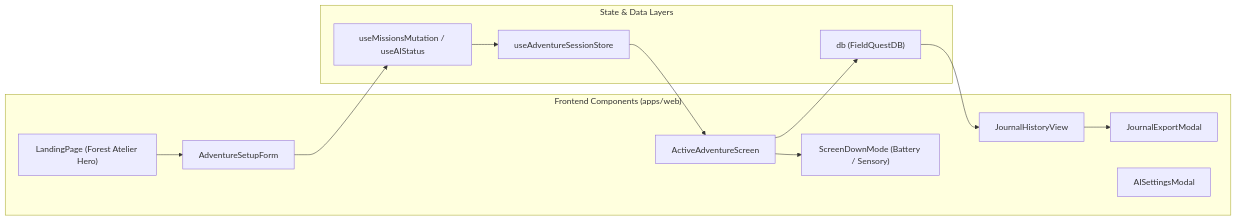
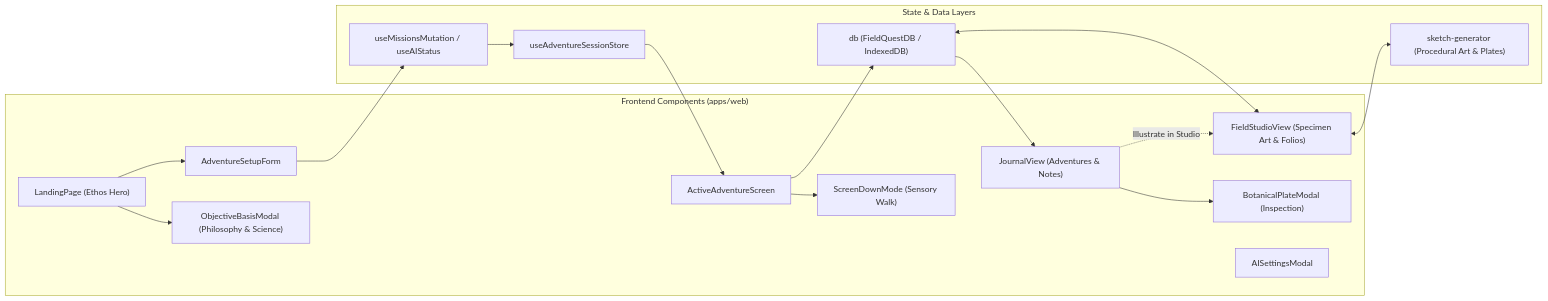
The second of 5 diagrams in docs/ARCHITECTURE.md (arnab825/FieldQuest), drawn with Mermaid before and after one commit. The commit also changed 21 other files, not shown here.

Commit message:
feat: add core adventure features including live quest tracking, screen down mode, and custom illustration generators

````diff
--- a/docs/ARCHITECTURE.md
+++ b/docs/ARCHITECTURE.md
@@ -49,27 +49,34 @@
 ```mermaid
 graph LR
     subgraph Frontend_Components["Frontend Components (apps/web)"]
-        Landing["LandingPage (Forest Atelier Hero)"]
+        Landing["LandingPage (Ethos Hero)"]
         Setup["AdventureSetupForm"]
         Active["ActiveAdventureScreen"]
-        ScreenDown["ScreenDownMode (Battery / Sensory)"]
-        Journal["JournalHistoryView"]
-        Export["JournalExportModal"]
+        ScreenDown["ScreenDownMode (Sensory Walk)"]
+        Journal["JournalView (Adventures & Notes)"]
+        Studio["FieldStudioView (Specimen Art & Folios)"]
+        PlateModal["BotanicalPlateModal (Inspection)"]
+        Philosophy["ObjectiveBasisModal (Philosophy & Science)"]
         Settings["AISettingsModal"]
     end
     
     subgraph State_Management["State & Data Layers"]
         ZustandSession["useAdventureSessionStore"]
-        DexieDB["db (FieldQuestDB)"]
+        DexieDB["db (FieldQuestDB / IndexedDB)"]
+        SketchGen["sketch-generator (Procedural Art & Plates)"]
         QueryHooks["useMissionsMutation / useAIStatus"]
     end
     
     Landing --> Setup
+    Landing --> Philosophy
     Setup --> QueryHooks
     QueryHooks --> ZustandSession
     ZustandSession --> Active
     Active --> ScreenDown
     Active --> DexieDB
     DexieDB --> Journal
-    Journal --> Export
+    Journal --> PlateModal
+    Journal -.->|Illustrate in Studio| Studio
+    Studio <--> DexieDB
+    Studio <--> SketchGen
 ```
````
